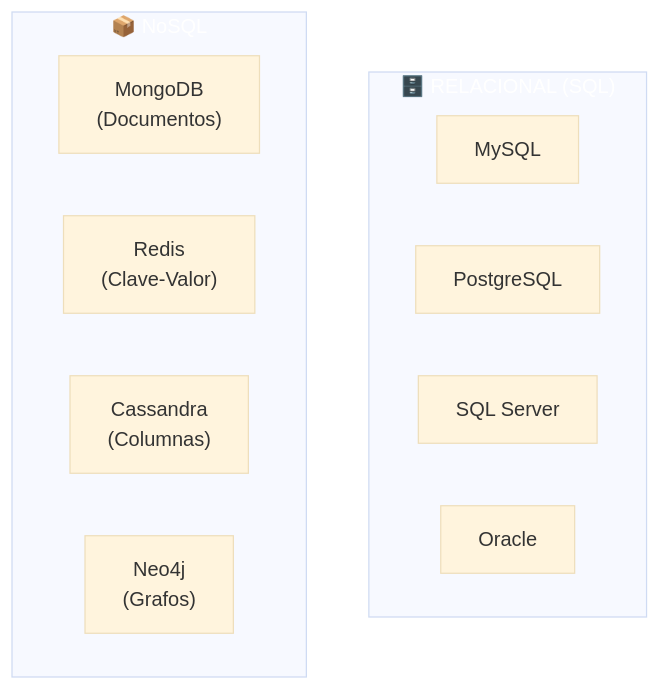
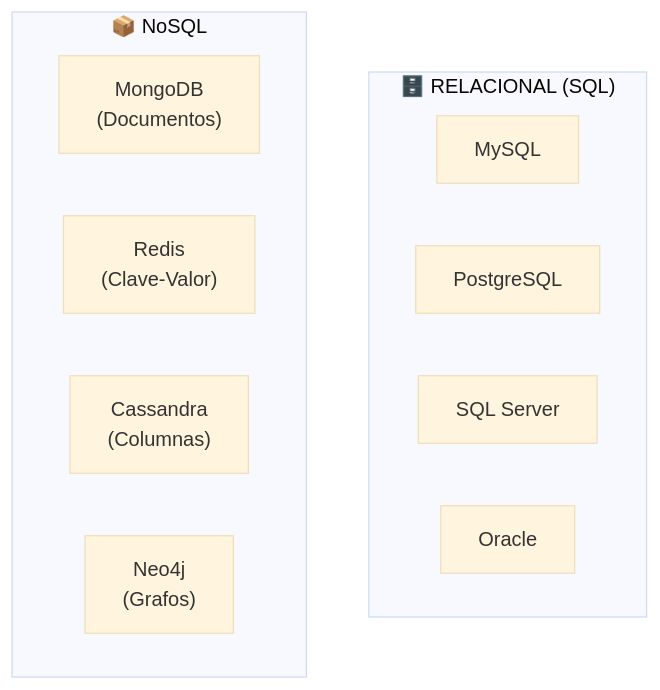
The third of 4 diagrams in 08-servidores-web.md (joseluisgs/DesarrolloWebEntornosServidor-01-2026-2027), drawn with Mermaid (base theme) before and after one commit. The commit also changed 15 other files, not shown here.

Commit message:
docs: quitar el relleno a los subgraf de los diagramas y corregir comillas y rayas sueltas

````diff
--- a/08-servidores-web.md
+++ b/08-servidores-web.md
@@ -305,19 +305,17 @@
 ```mermaid
 graph TD
     subgraph SQL["🗄️ RELACIONAL (SQL)"]
         S1["MySQL"]
         S2["PostgreSQL"]
         S3["SQL Server"]
         S4["Oracle"]
     end
 
     subgraph NOSQL["📦 NoSQL"]
         N1["MongoDB<br/>(Documentos)"]
         N2["Redis<br/>(Clave-Valor)"]
         N3["Cassandra<br/>(Columnas)"]
         N4["Neo4j<br/>(Grafos)"]
     end
 
-    style SQL fill:#2196F,color:#fff3,color:#fff
-    style NOSQL fill:#4CAF5,color:#fff0,color:#fff
 ```
````
